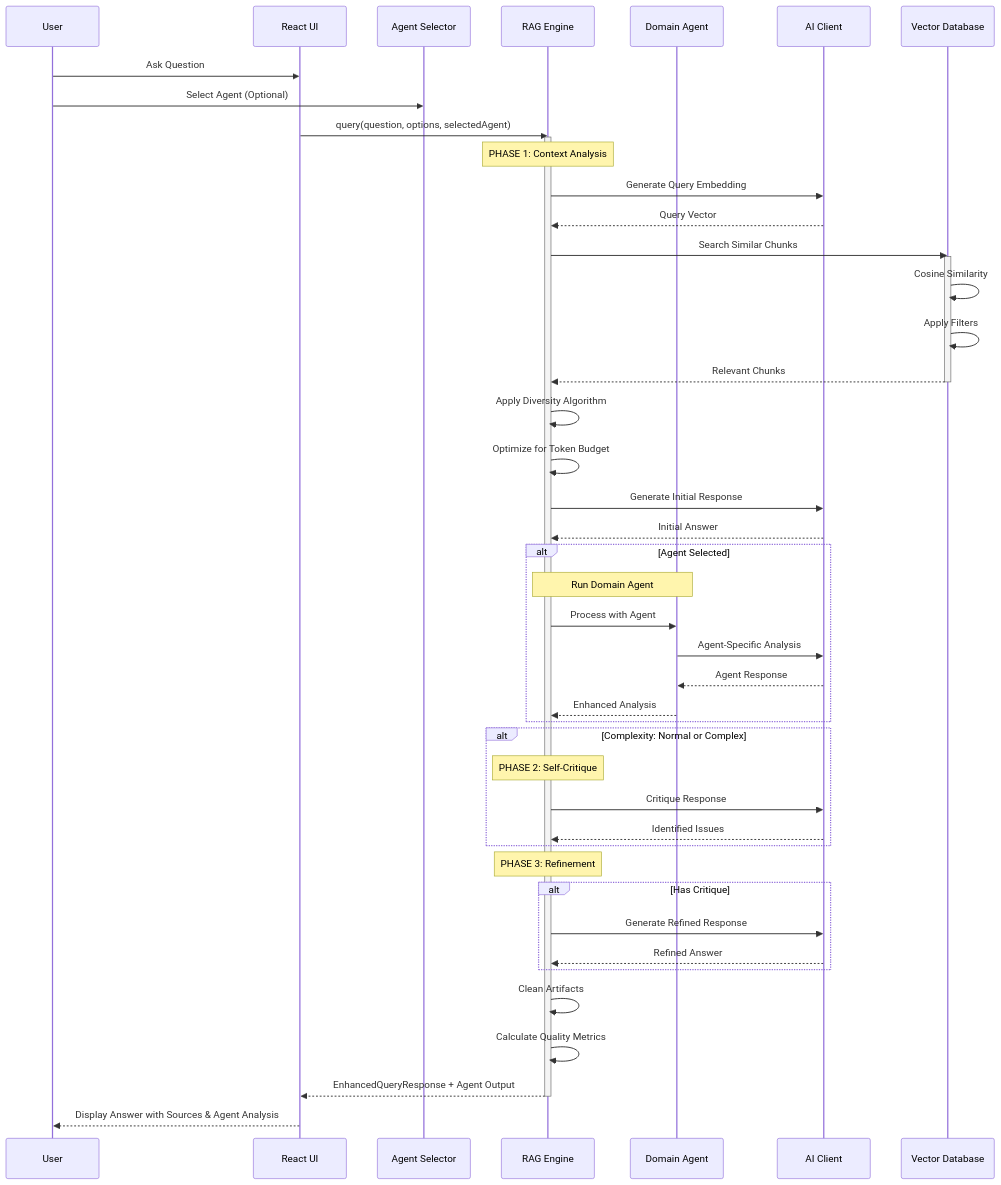
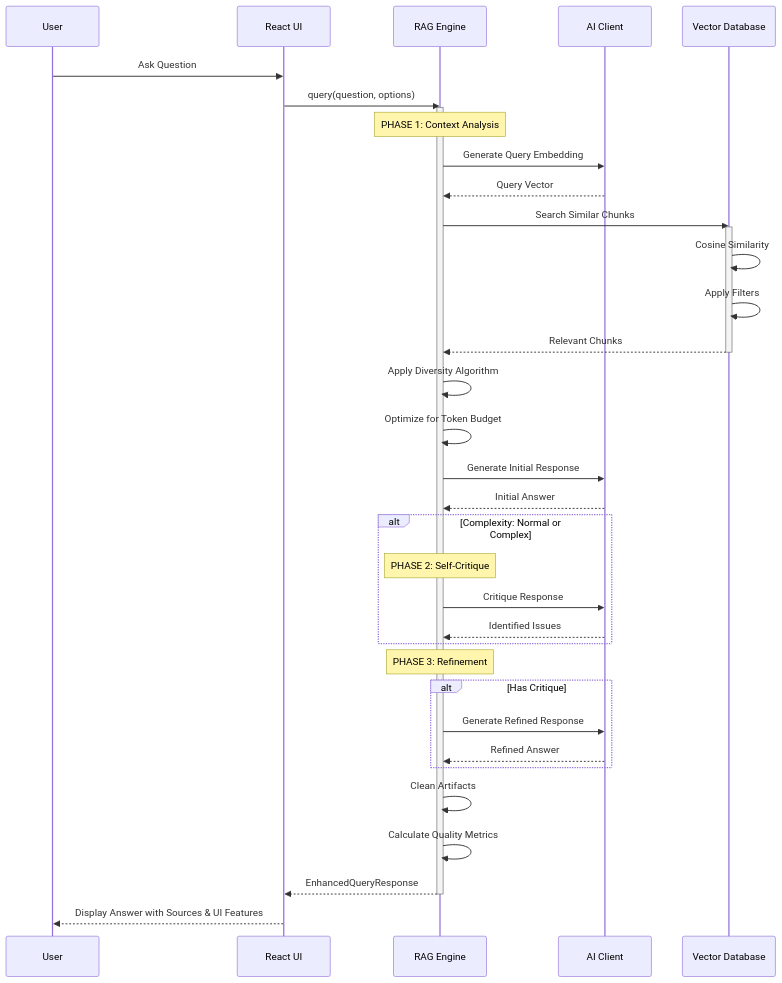
The sixth of 14 diagrams in docs/ARCHITECTURE_FLOWS.md (Kedhareswer/QuantumPDF_ChatApp_VectorDB), drawn with Mermaid before and after one commit. The commit also changed other lines of this file and 25 other files, not shown here.

````diff
--- a/docs/ARCHITECTURE_FLOWS.md
+++ b/docs/ARCHITECTURE_FLOWS.md
@@ -320,59 +321,48 @@
 ```mermaid
 sequenceDiagram
     participant User
     participant UI as React UI
-    participant AGENT_SEL as Agent Selector
     participant RAG as RAG Engine
-    participant AGENT as Domain Agent
     participant AI as AI Client
     participant VDB as Vector Database
 
     User->>UI: Ask Question
-    User->>AGENT_SEL: Select Agent (Optional)
-    UI->>RAG: query(question, options, selectedAgent)
+    UI->>RAG: query(question, options)
 
     activate RAG
 
     Note over RAG: PHASE 1: Context Analysis
     RAG->>AI: Generate Query Embedding
     AI-->>RAG: Query Vector
 
     RAG->>VDB: Search Similar Chunks
     activate VDB
     VDB->>VDB: Cosine Similarity
     VDB->>VDB: Apply Filters
     VDB-->>RAG: Relevant Chunks
     deactivate VDB
 
     RAG->>RAG: Apply Diversity Algorithm
     RAG->>RAG: Optimize for Token Budget
     RAG->>AI: Generate Initial Response
     AI-->>RAG: Initial Answer
 
-    alt Agent Selected
-        Note over RAG,AGENT: Run Domain Agent
-        RAG->>AGENT: Process with Agent
-        AGENT->>AI: Agent-Specific Analysis
-        AI-->>AGENT: Agent Response
-        AGENT-->>RAG: Enhanced Analysis
-    end
-
     alt Complexity: Normal or Complex
         Note over RAG: PHASE 2: Self-Critique
         RAG->>AI: Critique Response
         AI-->>RAG: Identified Issues
     end
 
     Note over RAG: PHASE 3: Refinement
     alt Has Critique
         RAG->>AI: Generate Refined Response
         AI-->>RAG: Refined Answer
     end
 
     RAG->>RAG: Clean Artifacts
     RAG->>RAG: Calculate Quality Metrics
-    RAG-->>UI: EnhancedQueryResponse + Agent Output
+    RAG-->>UI: EnhancedQueryResponse
     deactivate RAG
 
-    UI-->>User: Display Answer with Sources & Agent Analysis
+    UI-->>User: Display Answer with Sources & UI Features
 ```
````
